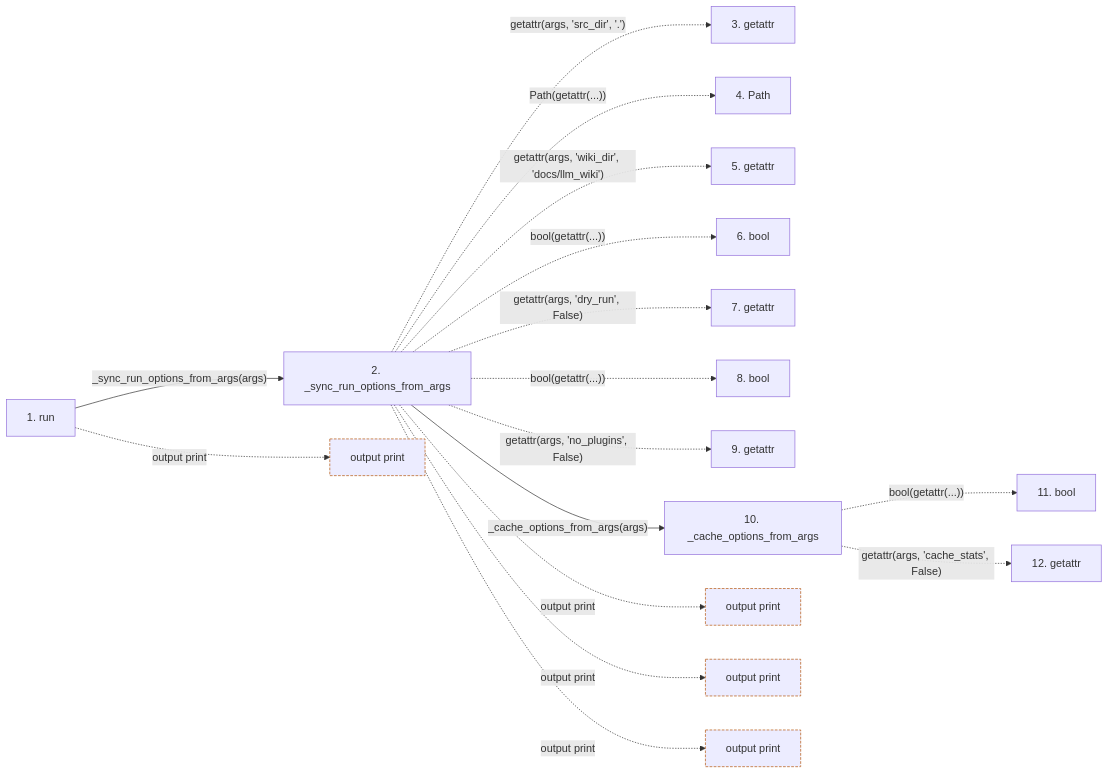
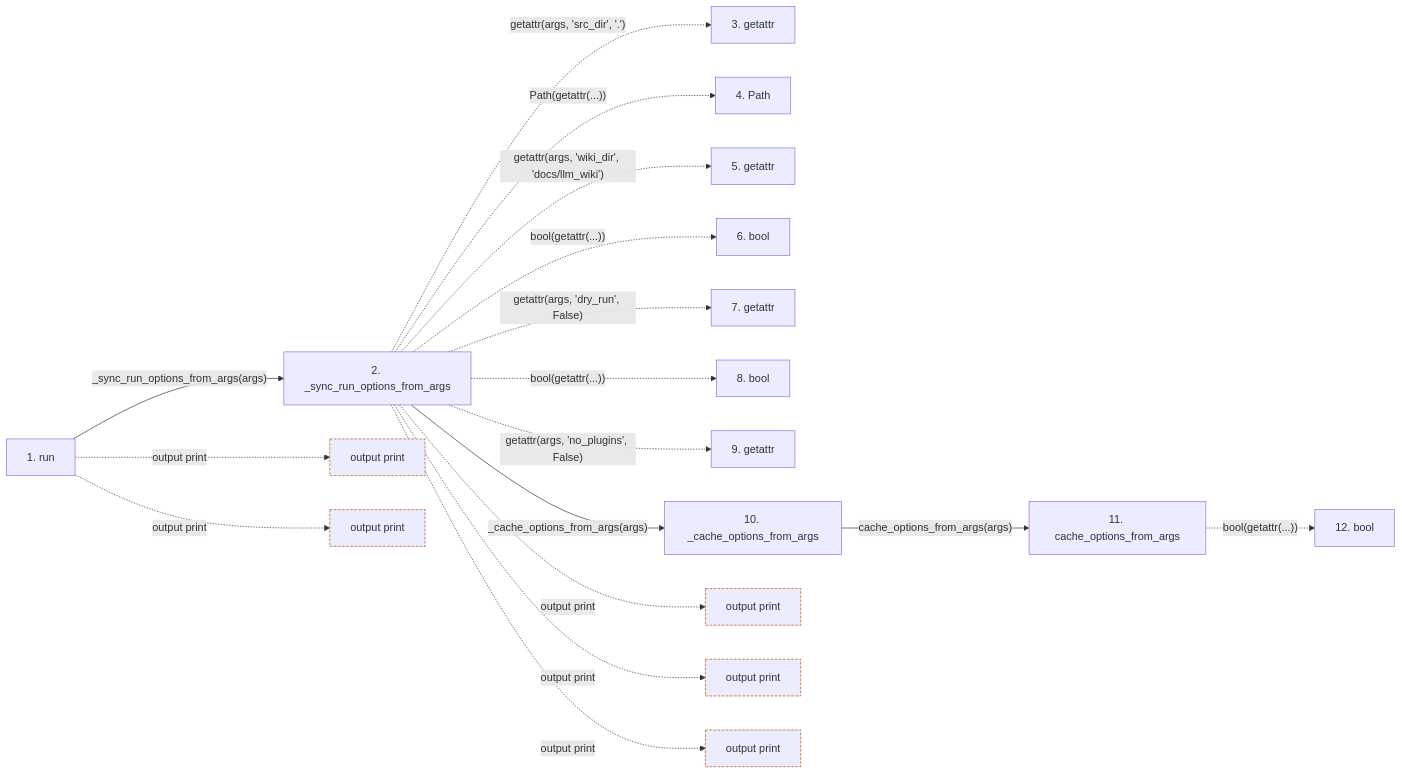
The second of 2 diagrams in docs/llm_wiki/flows/cli-sync.md (Denissvgn/python-wiki-llm), drawn with Mermaid before and after one commit. The commit also changed other lines of this file and 240 other files, not shown here.

````diff
--- a/docs/llm_wiki/flows/cli-sync.md
+++ b/docs/llm_wiki/flows/cli-sync.md
@@ -108,42 +117,46 @@
 ```mermaid
 flowchart LR
     s1["1. run"]
     s2["2. _sync_run_options_from_args"]
     s3["3. getattr"]
     s4["4. Path"]
     s5["5. getattr"]
     s6["6. bool"]
     s7["7. getattr"]
     s8["8. bool"]
     s9["9. getattr"]
     s10["10. _cache_options_from_args"]
-    s11["11. bool"]
-    s12["12. getattr"]
+    s11["11. cache_options_from_args"]
+    s12["12. bool"]
     s1 -->|"_sync_run_options_from_args(args)"| s2
     s2 -. "getattr(args, 'src_dir', '.')" .-> s3
     s2 -. "Path(getattr(...))" .-> s4
     s2 -. "getattr(args, 'wiki_dir', 'docs/llm_wiki')" .-> s5
     s2 -. "bool(getattr(...))" .-> s6
     s2 -. "getattr(args, 'dry_run', False)" .-> s7
     s2 -. "bool(getattr(...))" .-> s8
     s2 -. "getattr(args, 'no_plugins', False)" .-> s9
     s2 -->|"_cache_options_from_args(args)"| s10
-    s10 -. "bool(getattr(...))" .-> s11
-    s10 -. "getattr(args, 'cache_stats', False)" .-> s12
+    s10 -->|"cache_options_from_args(args)"| s11
+    s11 -. "bool(getattr(...))" .-> s12
     b0["output print"]
     s1 -. "output print" .-> b0
     b1["output print"]
-    s2 -. "output print" .-> b1
+    s1 -. "output print" .-> b1
     b2["output print"]
     s2 -. "output print" .-> b2
     b3["output print"]
     s2 -. "output print" .-> b3
+    b4["output print"]
+    s2 -. "output print" .-> b4
     click s1 "../modules/sync_cmd.md"
     click s2 "../modules/sync_cmd.md"
     click s10 "../modules/sync_cmd.md"
+    click s11 "../modules/inventory_cache.md"
     classDef boundary stroke:#b45309,stroke-dasharray: 4 2
     class b0 boundary
     class b1 boundary
     class b2 boundary
     class b3 boundary
+    class b4 boundary
 ```
````
